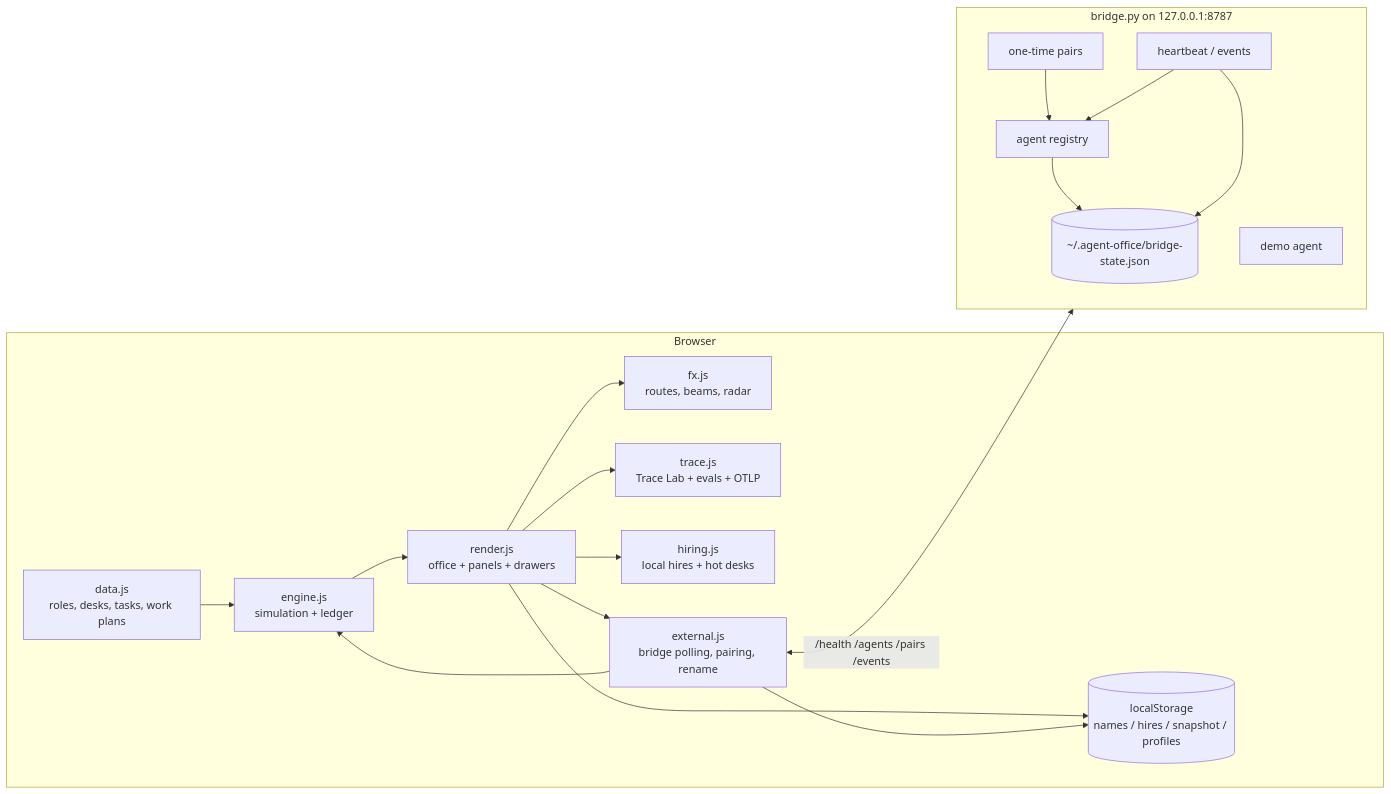
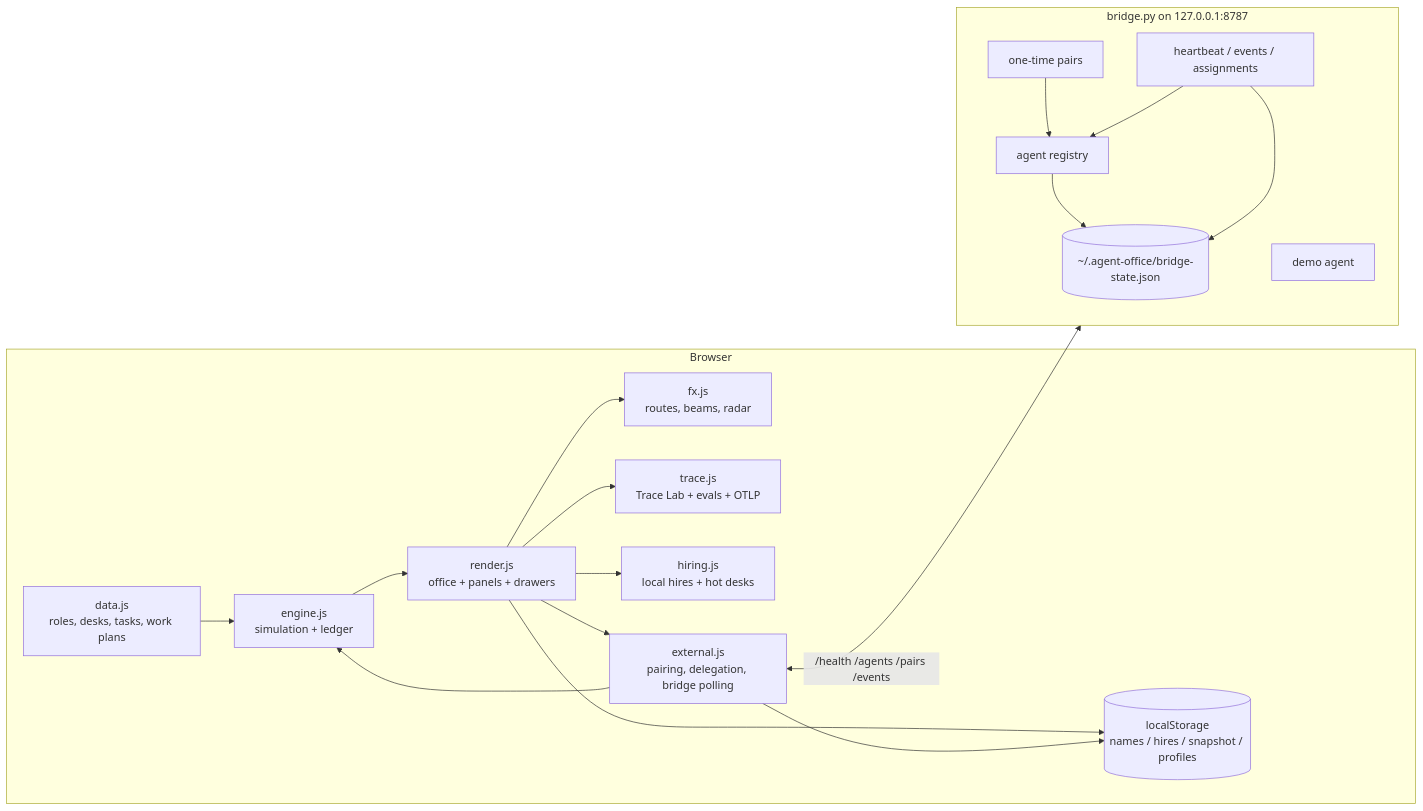
The diagram in docs/ARCHITECTURE.md (128fei-wang/agent-office), drawn with Mermaid before and after one commit. The commit also changed other lines of this file and 30 other files, not shown here.

First line of the commit message:
feat: add external task delegation and day/night themes

````diff
--- a/docs/ARCHITECTURE.md
+++ b/docs/ARCHITECTURE.md
@@ -5,36 +5,36 @@
 ```mermaid
 flowchart LR
   subgraph Browser
     D[data.js<br/>roles, desks, tasks, work plans]
     E[engine.js<br/>simulation + ledger]
     R[render.js<br/>office + panels + drawers]
     F[fx.js<br/>routes, beams, radar]
     T[trace.js<br/>Trace Lab + evals + OTLP]
     H[hiring.js<br/>local hires + hot desks]
-    X[external.js<br/>bridge polling, pairing, rename]
+    X[external.js<br/>pairing, delegation, bridge polling]
     L[(localStorage<br/>names / hires / snapshot / profiles)]
     D --> E
     E --> R
     R --> F
     R --> T
     R --> H
     R --> X
     X --> E
     R --> L
     X --> L
   end
 
   subgraph Bridge[bridge.py on 127.0.0.1:8787]
     P[one-time pairs]
     A[agent registry]
-    V[heartbeat / events]
+    V[heartbeat / events / assignments]
     M[demo agent]
     S[(~/.agent-office/bridge-state.json)]
   end
 
   X <-->|/health /agents /pairs /events| Bridge
   P --> A
   V --> A
   A --> S
   V --> S
 ```
````
